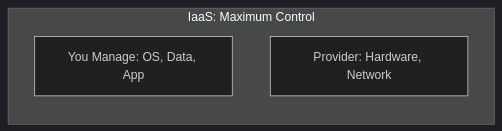
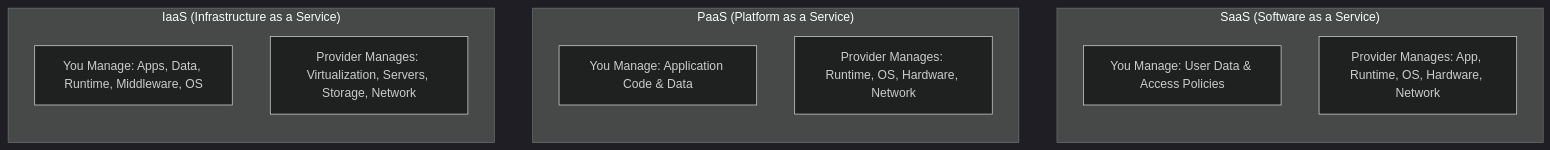
Before and after one commit to ankur3-101106/portfolio: the third of 5 diagrams in docs/Sem-5/Theory/Open Elective/AWS Fundamental/u1.mdx, drawn with Mermaid (dark theme). The commit also changed other lines of this file and 5 other files, not shown here.

````diff
--- a/docs/Sem-5/Theory/Open Elective/AWS Fundamental/u1.mdx
+++ b/docs/Sem-5/Theory/Open Elective/AWS Fundamental/u1.mdx
@@ -99,8 +101,20 @@
 ```mermaid
 flowchart TD
-    subgraph IaaS ["IaaS: Maximum Control"]
+    subgraph SaaS ["SaaS (Software as a Service)"]
     direction TB
-    iaas1[You Manage: OS, Data, App]
-    iaas2[Provider: Hardware, Network]
+    S1["You Manage: User Data & Access Policies"]
+    S2["Provider Manages: App, Runtime, OS, Hardware, Network"]
+    end
+
+    subgraph PaaS ["PaaS (Platform as a Service)"]
+    direction TB
+    P1["You Manage: Application Code & Data"]
+    P2["Provider Manages: Runtime, OS, Hardware, Network"]
+    end
+
+    subgraph IaaS ["IaaS (Infrastructure as a Service)"]
+    direction TB
+    I1["You Manage: Apps, Data, Runtime, Middleware, OS"]
+    I2["Provider Manages: Virtualization, Servers, Storage, Network"]
     end
 ```
````
